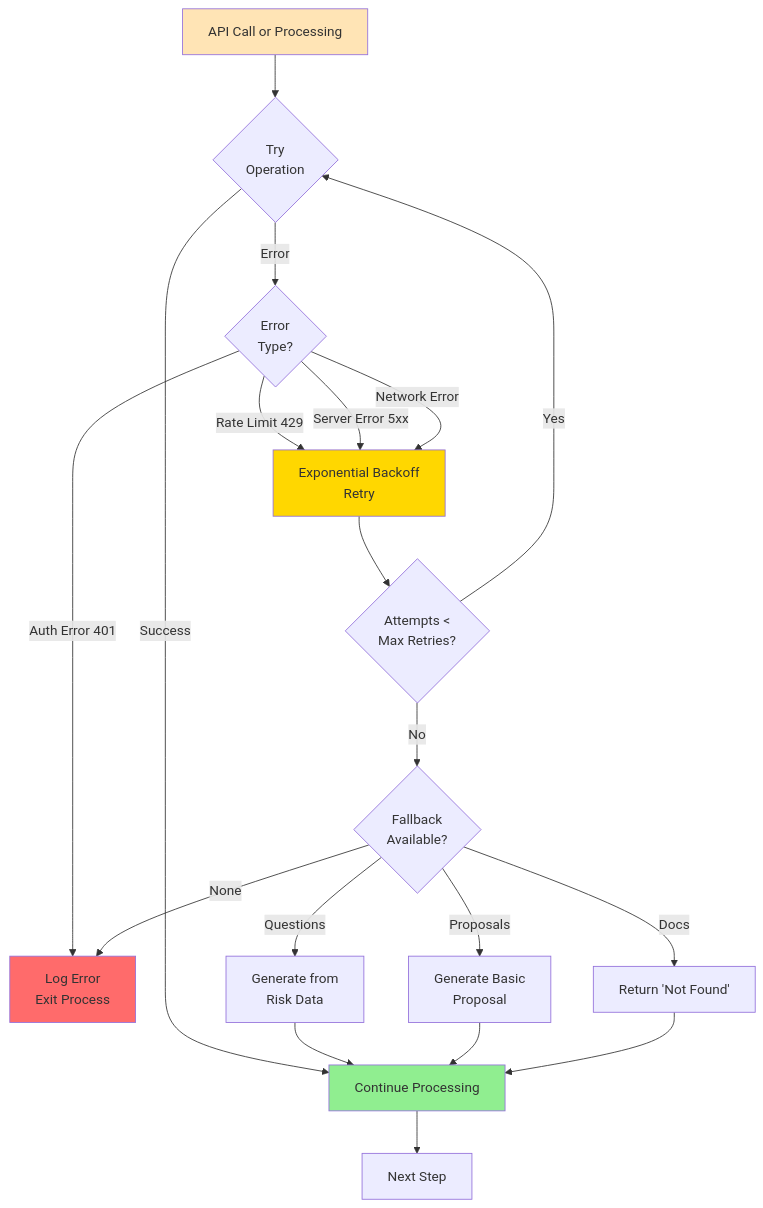
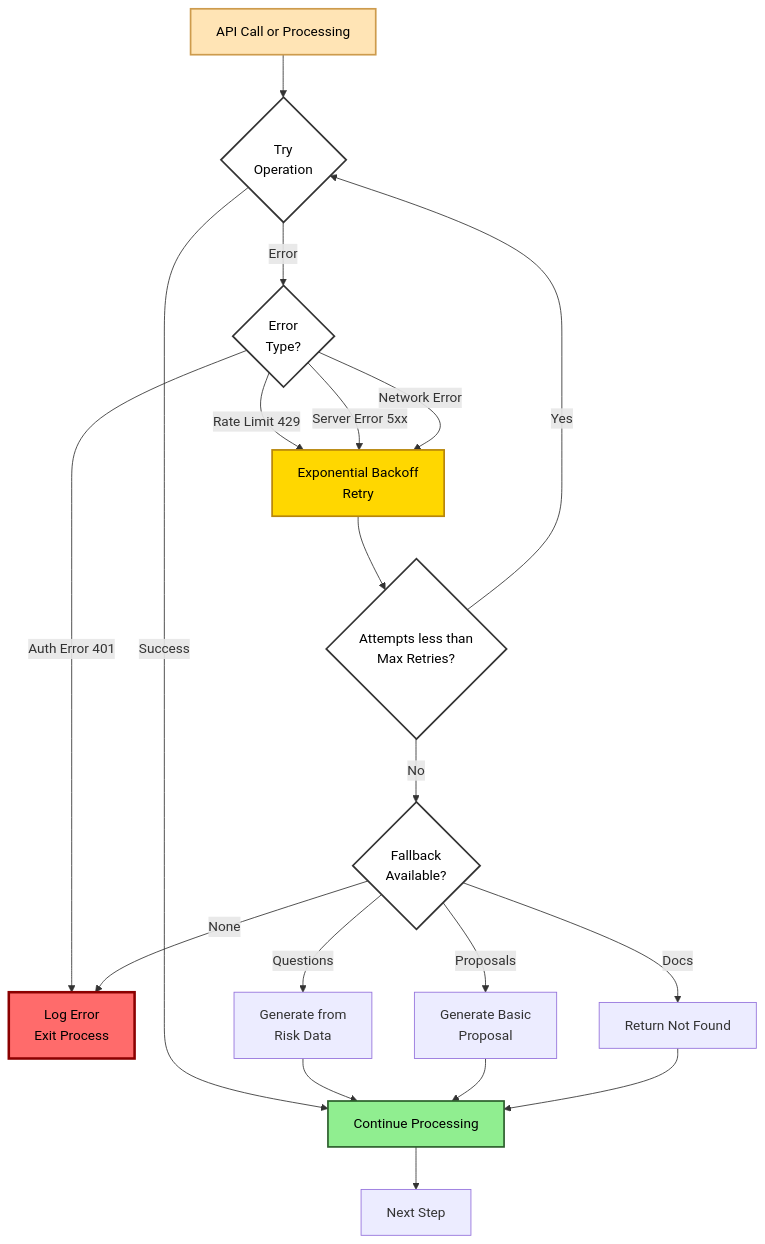
The tenth of 10 diagrams in poc-step6/docs/architecture-flow.md (ApexChef/backlog-chef), drawn with Mermaid before and after one commit. The commit also changed other lines of this file, not shown here.

First line of the commit message:
docs: Improve diagram contrast and readability

````diff
--- a/poc-step6/docs/architecture-flow.md
+++ b/poc-step6/docs/architecture-flow.md
@@ -330,32 +337,36 @@
 ```mermaid
 graph TB
     Start[API Call or Processing] --> Try{Try<br/>Operation}
 
     Try -->|Success| Continue[Continue Processing]
     Try -->|Error| CheckType{Error<br/>Type?}
 
     CheckType -->|Auth Error 401| Fatal[Log Error<br/>Exit Process]
     CheckType -->|Rate Limit 429| Retry[Exponential Backoff<br/>Retry]
     CheckType -->|Server Error 5xx| Retry
     CheckType -->|Network Error| Retry
 
-    Retry --> CheckAttempts{Attempts <<br/>Max Retries?}
+    Retry --> CheckAttempts{Attempts less than<br/>Max Retries?}
     CheckAttempts -->|Yes| Try
     CheckAttempts -->|No| Fallback{Fallback<br/>Available?}
 
     Fallback -->|Questions| GenFromRisks[Generate from<br/>Risk Data]
     Fallback -->|Proposals| BasicProposal[Generate Basic<br/>Proposal]
-    Fallback -->|Docs| NoDocsFound[Return 'Not Found']
+    Fallback -->|Docs| NoDocsFound[Return Not Found]
     Fallback -->|None| Fatal
 
     GenFromRisks --> Continue
     BasicProposal --> Continue
     NoDocsFound --> Continue
 
     Continue --> Next[Next Step]
 
-    style Start fill:#FFE4B5
-    style Continue fill:#90EE90
-    style Fatal fill:#FF6B6B
-    style Retry fill:#FFD700
+    style Start fill:#FFE4B5,stroke:#cd9b4d,stroke-width:2px,color:#000
+    style Continue fill:#90EE90,stroke:#2d5f2d,stroke-width:2px,color:#000
+    style Fatal fill:#FF6B6B,stroke:#8b0000,stroke-width:3px,color:#000
+    style Retry fill:#FFD700,stroke:#b8860b,stroke-width:2px,color:#000
+    style Try fill:#fff,stroke:#333,stroke-width:2px,color:#000
+    style CheckType fill:#fff,stroke:#333,stroke-width:2px,color:#000
+    style CheckAttempts fill:#fff,stroke:#333,stroke-width:2px,color:#000
+    style Fallback fill:#fff,stroke:#333,stroke-width:2px,color:#000
 ```
````
